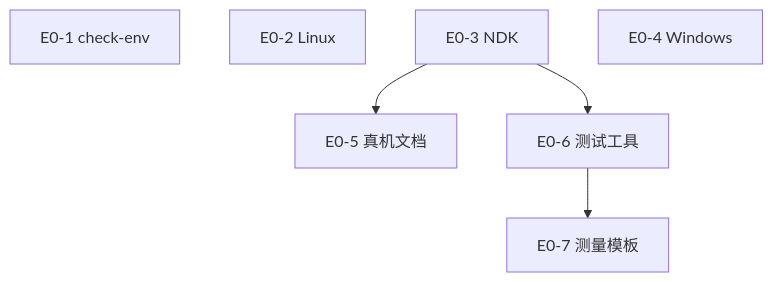
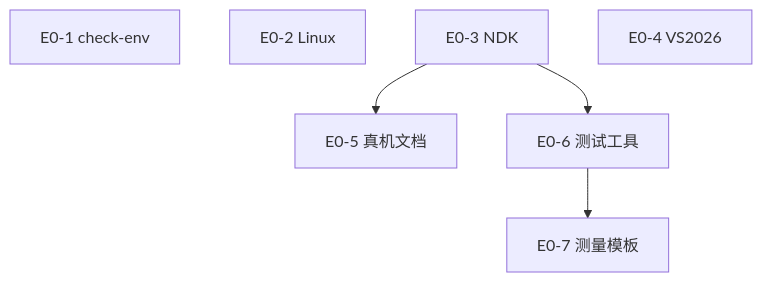
Before and after one commit to KryieNaruto/paintDemo: the diagram in docs/tasks/detail/开发与测试环境.md, drawn with Mermaid. The commit also changed other lines of this file and 3 other files, not shown here.

````diff
--- a/docs/tasks/detail/开发与测试环境.md
+++ b/docs/tasks/detail/开发与测试环境.md
@@ -50,12 +50,12 @@
 ```mermaid
 flowchart TD
   E01[E0-1 check-env]
   E02[E0-2 Linux]
   E03[E0-3 NDK]
-  E04[E0-4 Windows]
+  E04[E0-4 VS2026]
   E05[E0-5 真机文档]
   E06[E0-6 测试工具]
   E07[E0-7 测量模板]
   E03 --> E05
   E03 --> E06 --> E07
 ```
````
